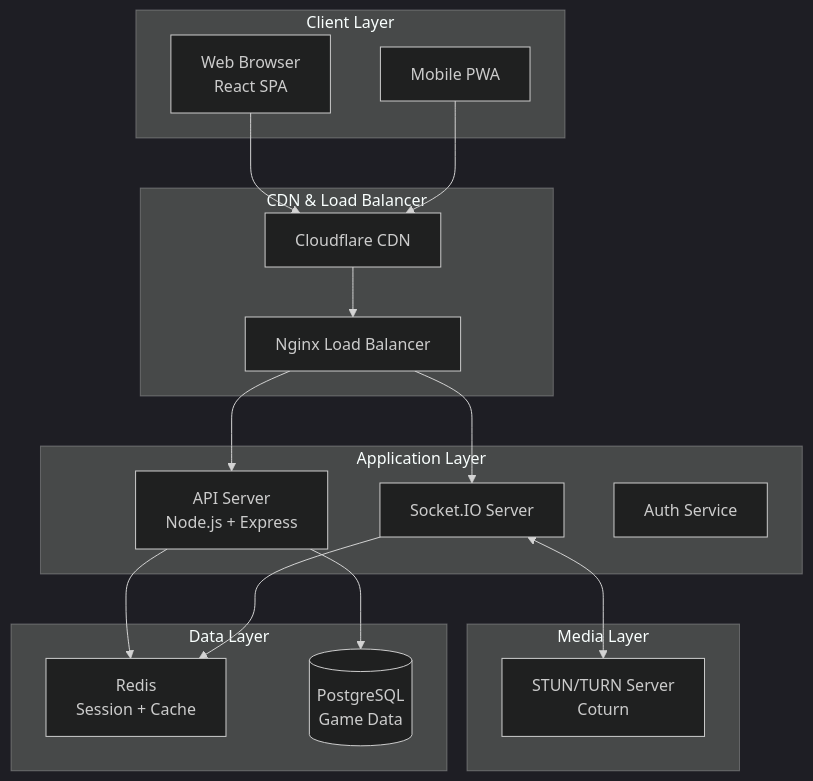
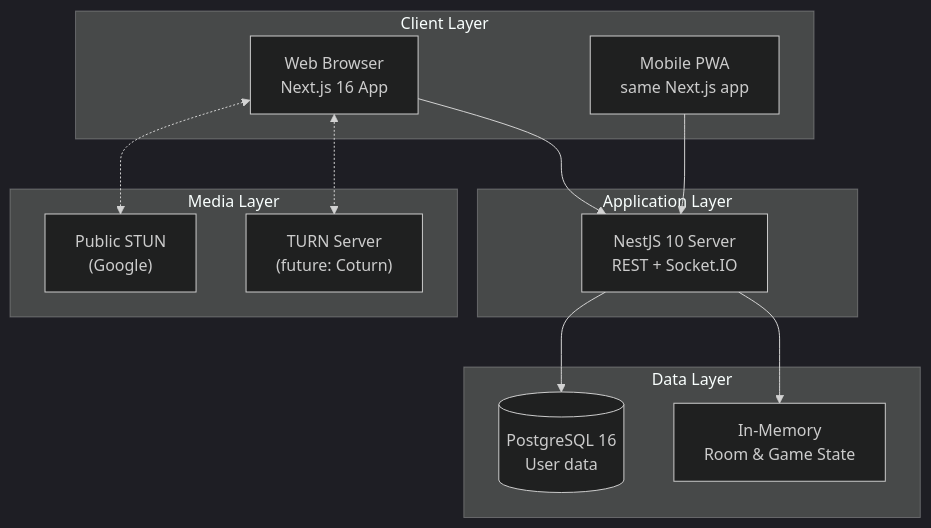
The first of 11 diagrams in docs/technical-design/sweet-spicy-game/tdd.md (longuit2002-blip/spicy-sweet-game), drawn with Mermaid (dark theme) before and after one commit. The commit also changed other lines of this file and 165 other files, not shown here.

````diff
--- a/docs/technical-design/sweet-spicy-game/tdd.md
+++ b/docs/technical-design/sweet-spicy-game/tdd.md
@@ -26,37 +29,28 @@
 ```mermaid
 graph TB
     subgraph "Client Layer"
-        Web[Web Browser<br/>React SPA]
-        Mobile[Mobile PWA]
+        Web[Web Browser<br/>Next.js 16 App]
+        Mobile[Mobile PWA<br/>same Next.js app]
     end
-    
-    subgraph "CDN & Load Balancer"
-        CDN[Cloudflare CDN]
-        LB[Nginx Load Balancer]
+
+    subgraph "Application Layer"
+        API[NestJS 10 Server<br/>REST + Socket.IO]
     end
-    
-    subgraph "Application Layer"
-        API[API Server<br/>Node.js + Express]
-        Socket[Socket.IO Server]
-        Auth[Auth Service]
+
+    subgraph "Media Layer"
+        STUN["Public STUN<br/>(Google)"]
+        TURN["TURN Server<br/>(future: Coturn)"]
     end
-    
-    subgraph "Media Layer"
-        STUN[STUN/TURN Server<br/>Coturn]
+
+    subgraph "Data Layer"
+        DB[(PostgreSQL 16<br/>User data)]
+        Memory["In-Memory<br/>Room & Game State"]
     end
-    
-    subgraph "Data Layer"
-        Redis[Redis<br/>Session + Cache]
-        DB[(PostgreSQL<br/>Game Data)]
-    end
-    
-    Web --> CDN
-    Mobile --> CDN
-    CDN --> LB
-    LB --> API
-    LB --> Socket
-    API --> Redis
+
+    Web --> API
+    Mobile --> API
     API --> DB
-    Socket --> Redis
-    Socket <--> STUN
+    API --> Memory
+    Web <-.-> STUN
+    Web <-.-> TURN
 ```
````
